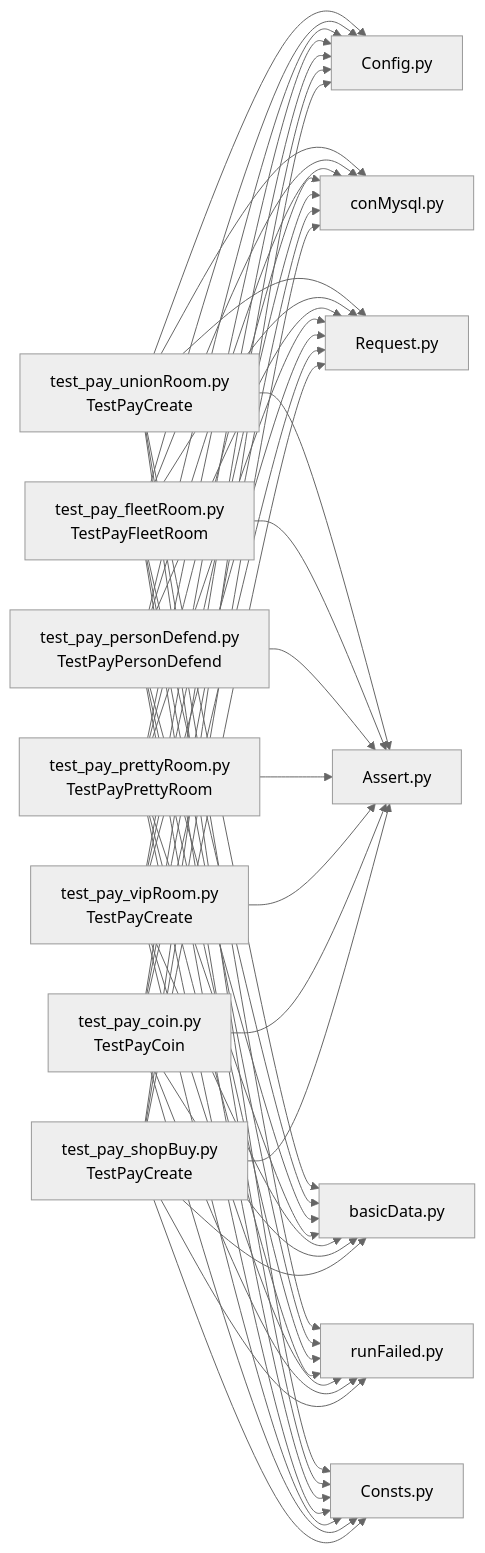
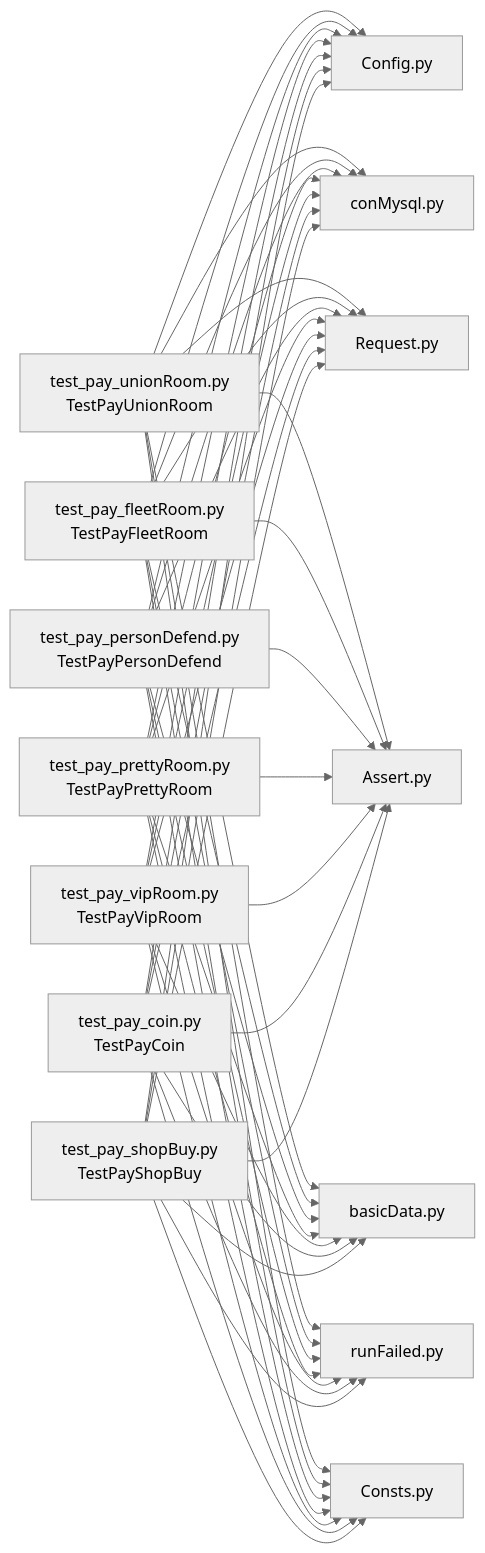
One commit to liximing1-ola/qa-payTest changed the eighth of 8 diagrams in .qoder/repowiki/zh/content/支付测试用例/房间支付测试/房间支付测试.md. Above: the diagram before and after it, drawn with Mermaid (neutral theme). The commit also changed other lines of this file and 6 other files, not shown here.

````diff
--- a/.qoder/repowiki/zh/content/支付测试用例/房间支付测试/房间支付测试.md
+++ b/.qoder/repowiki/zh/content/支付测试用例/房间支付测试/房间支付测试.md
@@ -484,52 +488,52 @@
 ```mermaid
 graph LR
-U["test_pay_unionRoom.py<br/>TestPayCreate"] --> CFG["Config.py"]
+U["test_pay_unionRoom.py<br/>TestPayUnionRoom"] --> CFG["Config.py"]
 U --> DB["conMysql.py"]
 U --> REQ["Request.py"]
 U --> ASS["Assert.py"]
 U --> BASIC["basicData.py"]
 U --> RUN["runFailed.py"]
 U --> CONST["Consts.py"]
 F["test_pay_fleetRoom.py<br/>TestPayFleetRoom"] --> CFG
 F --> DB
 F --> REQ
 F --> ASS
 F --> BASIC
 F --> RUN
 F --> CONST
 D["test_pay_personDefend.py<br/>TestPayPersonDefend"] --> CFG
 D --> DB
 D --> REQ
 D --> ASS
 D --> BASIC
 D --> RUN
 D --> CONST
 P["test_pay_prettyRoom.py<br/>TestPayPrettyRoom"] --> CFG
 P --> DB
 P --> REQ
 P --> ASS
 P --> BASIC
 P --> RUN
 P --> CONST
-V["test_pay_vipRoom.py<br/>TestPayCreate"] --> CFG
+V["test_pay_vipRoom.py<br/>TestPayVipRoom"] --> CFG
 V --> DB
 V --> REQ
 V --> ASS
 V --> BASIC
 V --> RUN
 V --> CONST
 C["test_pay_coin.py<br/>TestPayCoin"] --> CFG
 C --> DB
 C --> REQ
 C --> ASS
 C --> BASIC
 C --> RUN
 C --> CONST
-S["test_pay_shopBuy.py<br/>TestPayCreate"] --> CFG
+S["test_pay_shopBuy.py<br/>TestPayShopBuy"] --> CFG
 S --> DB
 S --> REQ
 S --> ASS
 S --> BASIC
 S --> RUN
 S --> CONST
 ```
````
